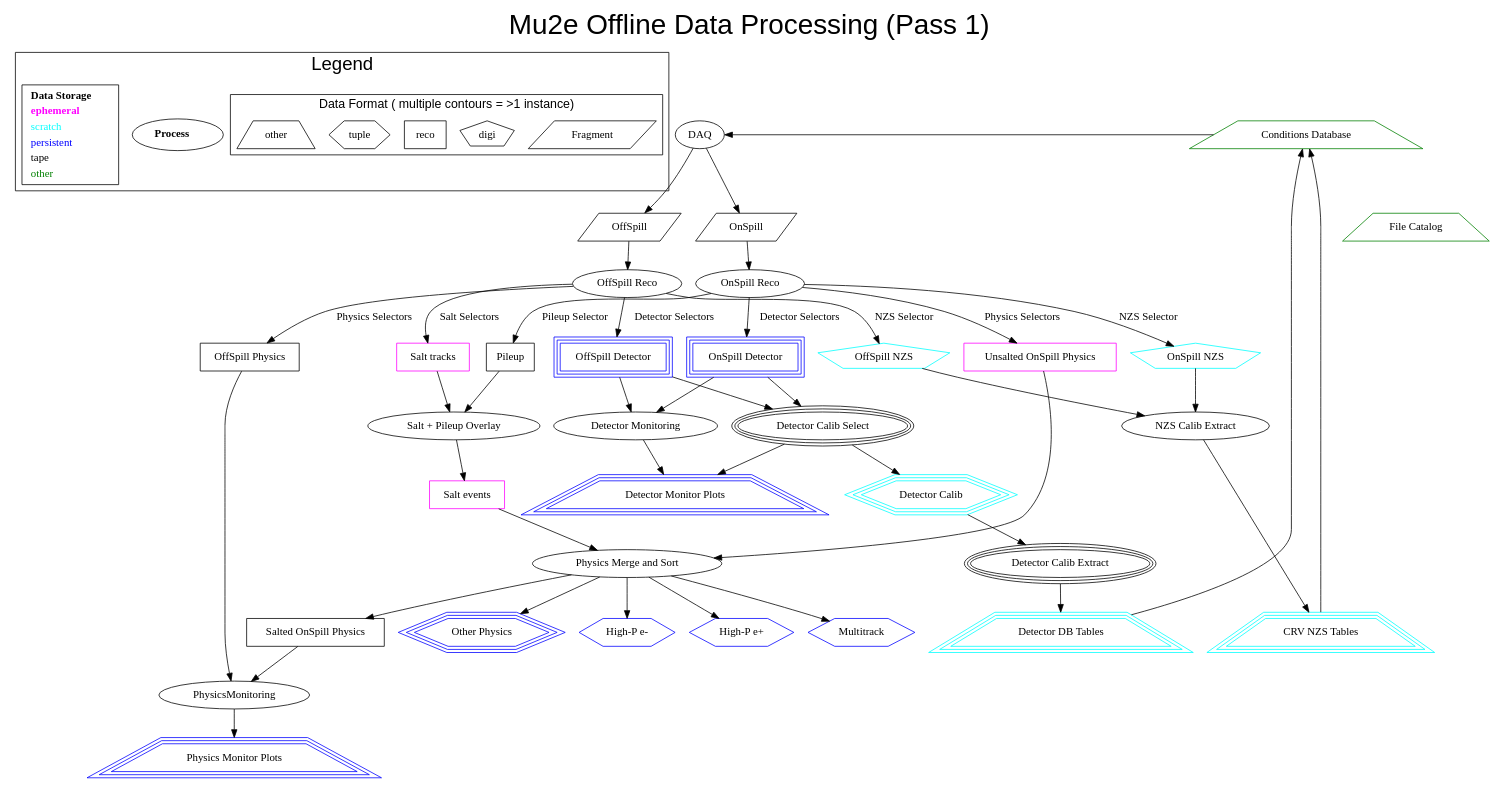
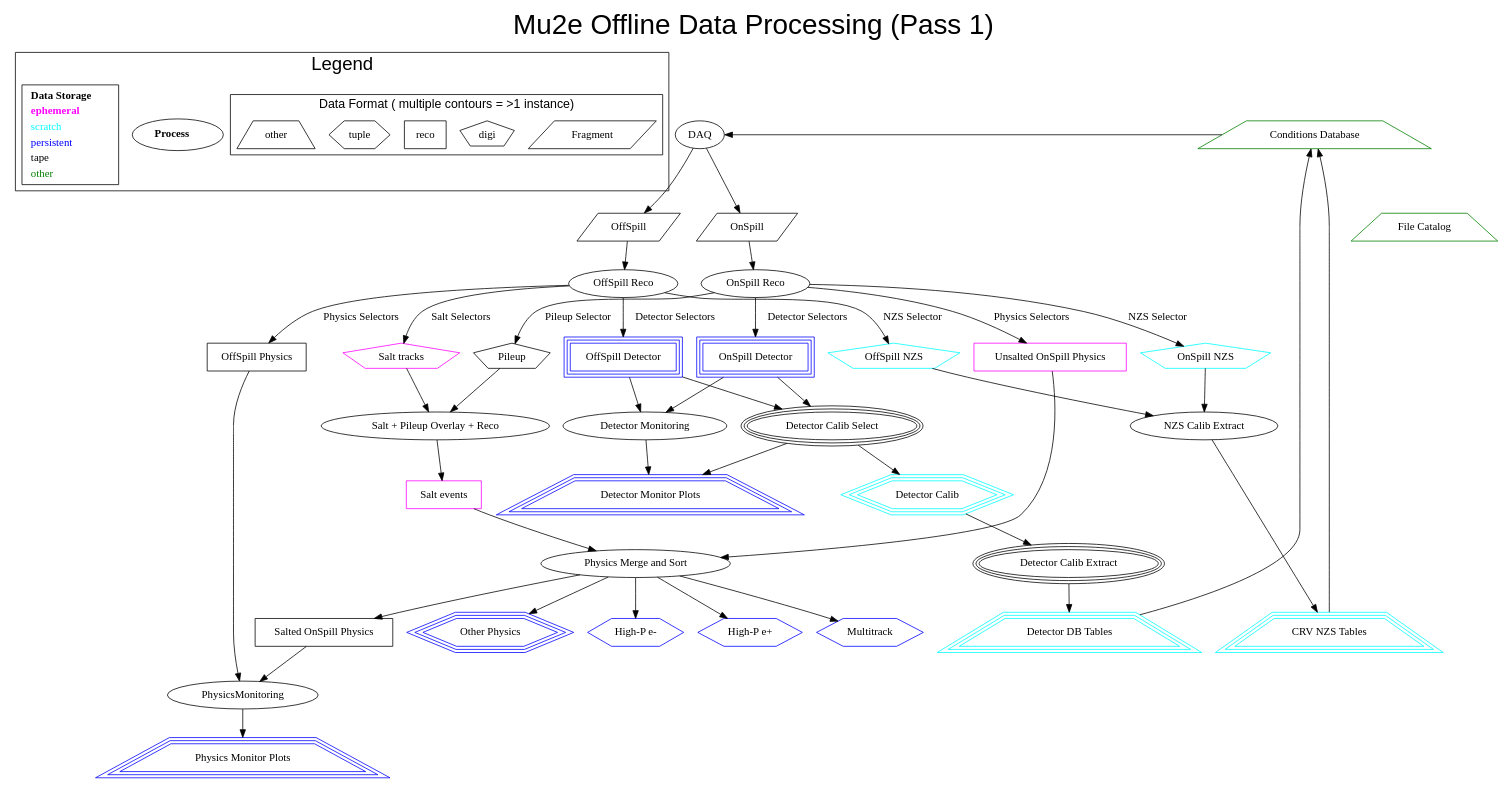
The diagram in Documents/pass1.dot (sophiemiddleton/Production), drawn with Graphviz before and after one commit. The commit also changed 1 other file, not shown here.

Commit message:
exchange salt intermediates from reco -> digis

```diff
--- a/Documents/pass1.dot
+++ b/Documents/pass1.dot
@@ -77,7 +77,7 @@
   ];
   SaltTracks [
     label="Salt tracks",
-    shape=box,
+    shape=pentagon,
     color="fuchsia"
   ];
   SaltEvents [
@@ -138,7 +138,7 @@
   // tape-backed storage
   Pileup [
     label="Pileup",
-    shape=box
+    shape=pentagon
   ];
   DetCalib [
     label="Detector Calib",
@@ -212,7 +212,7 @@
 
 
   SaltOverlay [
-    label="Salt + Pileup Overlay",
+    label="Salt + Pileup Overlay + Reco",
     shape=oval
   ];
   PhysicsMerging [
```
